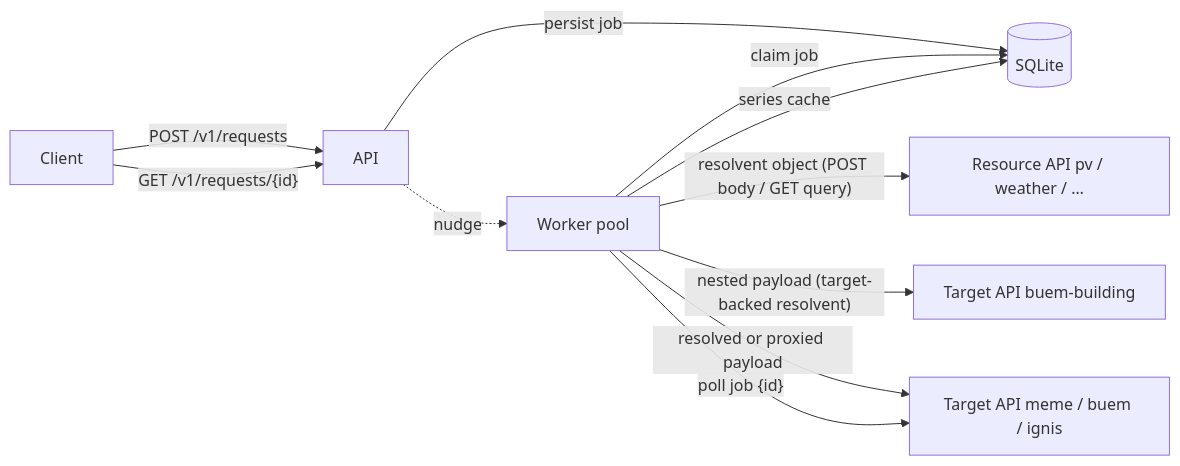
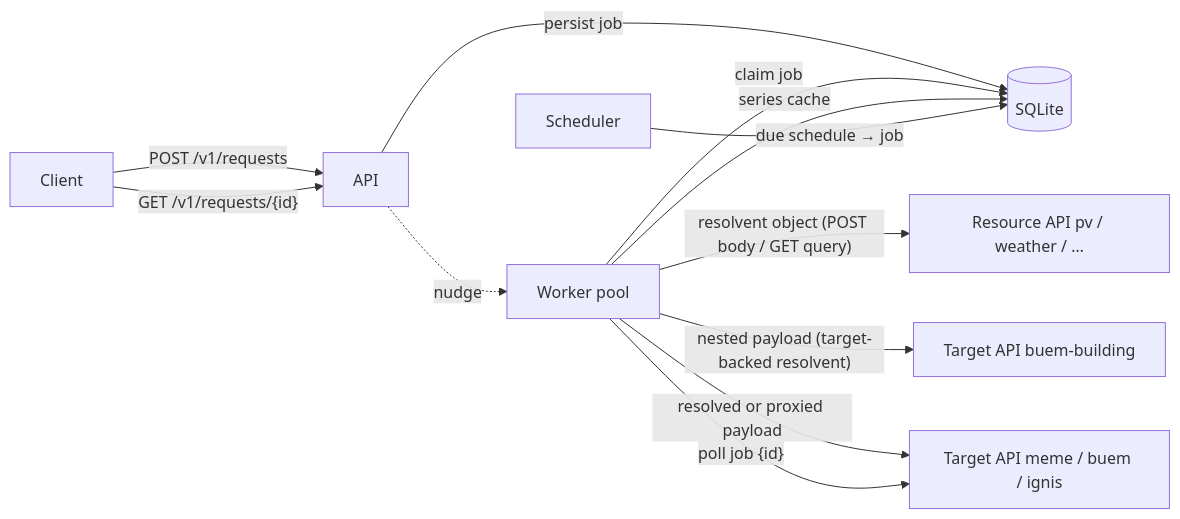
Before and after one commit to enerplanet/TentaCron: the first of 2 diagrams in docs/architecture.md, drawn with Mermaid. The commit also changed other lines of this file and 30 other files, not shown here.

````diff
--- a/docs/architecture.md
+++ b/docs/architecture.md
@@ -9,13 +9,14 @@
 ```mermaid
 flowchart LR
     C[Client] -->|"POST /v1/requests"| A[API]
     C -->|"GET /v1/requests/{id}"| A
     A -->|persist job| DB[(SQLite)]
     A -.nudge.-> W[Worker pool]
     W -->|claim job| DB
     W -->|"resolvent object (POST body / GET query)"| R1[Resource API pv / weather / …]
     W -->|"nested payload (target-backed resolvent)"| T2[Target API buem-building]
     W -->|resolved or proxied payload| T[Target API meme / buem / ignis]
     W -->|"poll job {id}"| T
     W -->|series cache| DB
+    S[Scheduler] -->|"due schedule → job"| DB
 ```
````
